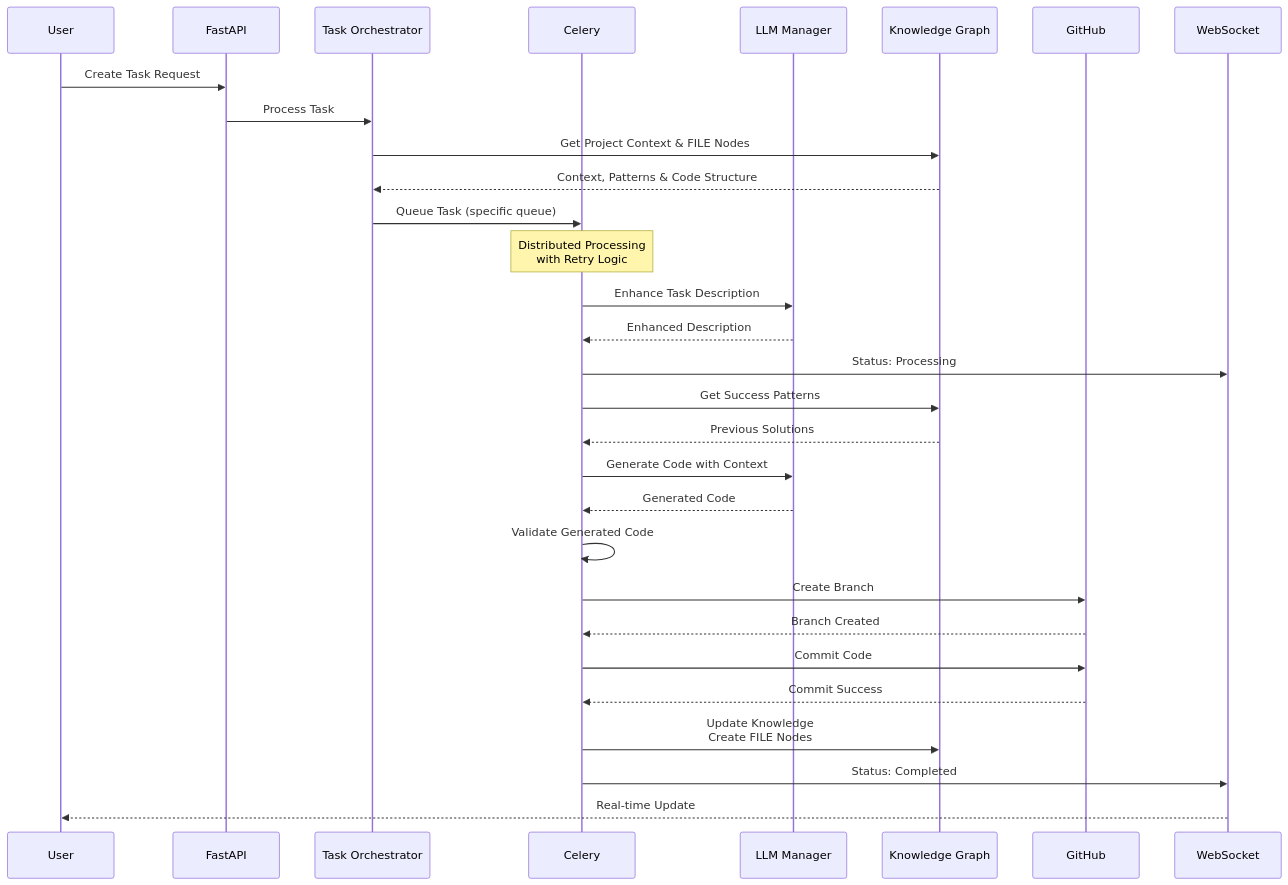
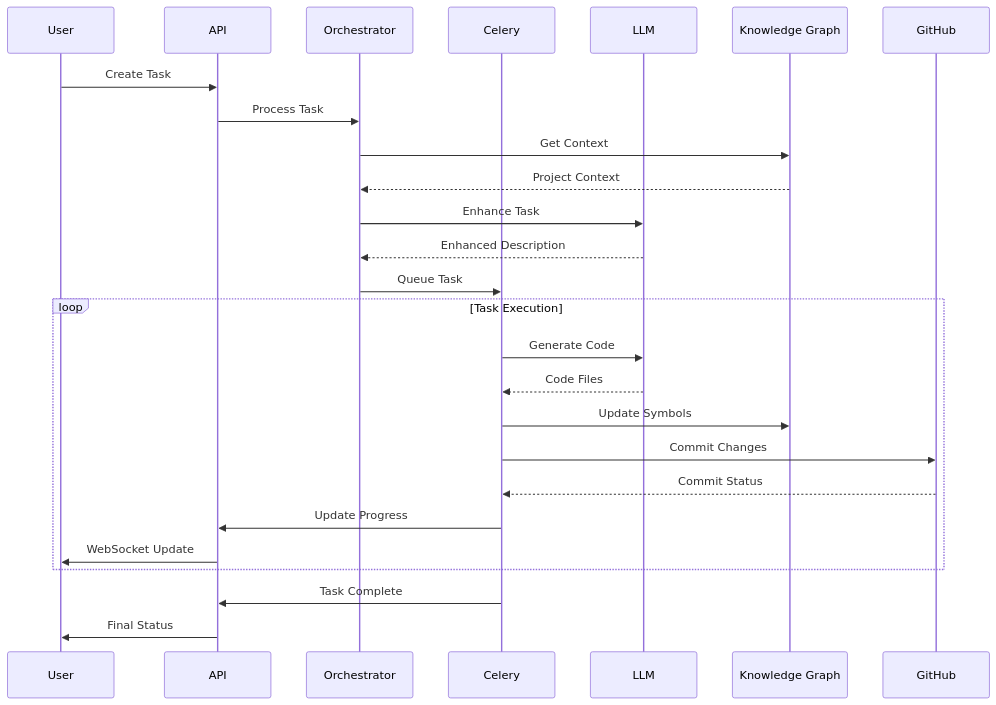
Before and after one commit to CrewWorkAI/docs: the third of 13 diagrams in architecture-diagrams.md, drawn with Mermaid. The commit also changed other lines of this file and 11 other files, not shown here.

First line of the commit message:
Adds initial architecture documentation

````diff
--- a/architecture-diagrams.md
+++ b/architecture-diagrams.md
@@ -158,41 +123,37 @@
 ```mermaid
 sequenceDiagram
     participant User
-    participant API as FastAPI
-    participant TO as Task Orchestrator
+    participant API
+    participant Orchestrator
     participant Celery
-    participant LLM as LLM Manager
+    participant LLM
     participant KG as Knowledge Graph
     participant GitHub
-    participant WS as WebSocket
-
-    User->>API: Create Task Request
-    API->>TO: Process Task
-    TO->>KG: Get Project Context & FILE Nodes
-    KG-->>TO: Context, Patterns & Code Structure
-    TO->>Celery: Queue Task (specific queue)
     
-    Note over Celery: Distributed Processing<br/>with Retry Logic
+    User->>API: Create Task
+    API->>Orchestrator: Process Task
     
-    Celery->>LLM: Enhance Task Description
-    LLM-->>Celery: Enhanced Description
-    Celery->>WS: Status: Processing
+    Orchestrator->>KG: Get Context
+    KG-->>Orchestrator: Project Context
     
-    Celery->>KG: Get Success Patterns
-    KG-->>Celery: Previous Solutions
+    Orchestrator->>LLM: Enhance Task
+    LLM-->>Orchestrator: Enhanced Description
     
-    Celery->>LLM: Generate Code with Context
-    LLM-->>Celery: Generated Code
+    Orchestrator->>Celery: Queue Task
     
-    Celery->>Celery: Validate Generated Code
+    loop Task Execution
+        Celery->>LLM: Generate Code
+        LLM-->>Celery: Code Files
+        
+        Celery->>KG: Update Symbols
+        
+        Celery->>GitHub: Commit Changes
+        GitHub-->>Celery: Commit Status
+        
+        Celery->>API: Update Progress
+        API->>User: WebSocket Update
+    end
     
-    Celery->>GitHub: Create Branch
-    GitHub-->>Celery: Branch Created
-    
-    Celery->>GitHub: Commit Code
-    GitHub-->>Celery: Commit Success
-    
-    Celery->>KG: Update Knowledge<br/>Create FILE Nodes
-    Celery->>WS: Status: Completed
-    WS-->>User: Real-time Update
+    Celery->>API: Task Complete
+    API->>User: Final Status
 ```
````
